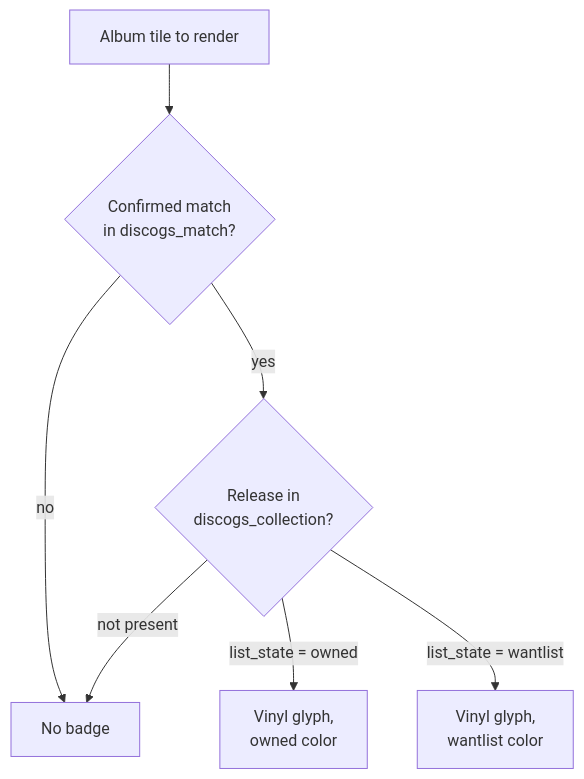
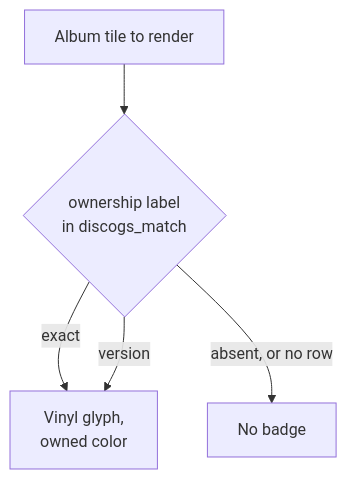
The second of 4 diagrams in docs/squeezewax-design.md (d5c0d3/lms-plugin-squeezewax), drawn with Mermaid before and after one commit. The commit also changed other lines of this file, not shown here.

First line of the commit message:
docs: rewrite design §4 around the stored ownership label

````diff
--- a/docs/squeezewax-design.md
+++ b/docs/squeezewax-design.md
@@ -484,9 +483,7 @@
 ```mermaid
 flowchart TD
-  A[Album tile to render] --> B{Confirmed match<br/>in discogs_match?}
-  B -- no --> C[No badge]
-  B -- yes --> D{Release in<br/>discogs_collection?}
-  D -- "list_state = owned" --> E[Vinyl glyph,<br/>owned color]
-  D -- "list_state = wantlist" --> F[Vinyl glyph,<br/>wantlist color]
-  D -- "not present" --> C
+  A[Album tile to render] --> B{ownership label<br/>in discogs_match}
+  B -- "exact" --> C[Vinyl glyph,<br/>owned color]
+  B -- "version" --> C
+  B -- "absent, or no row" --> D[No badge]
 ```
````
